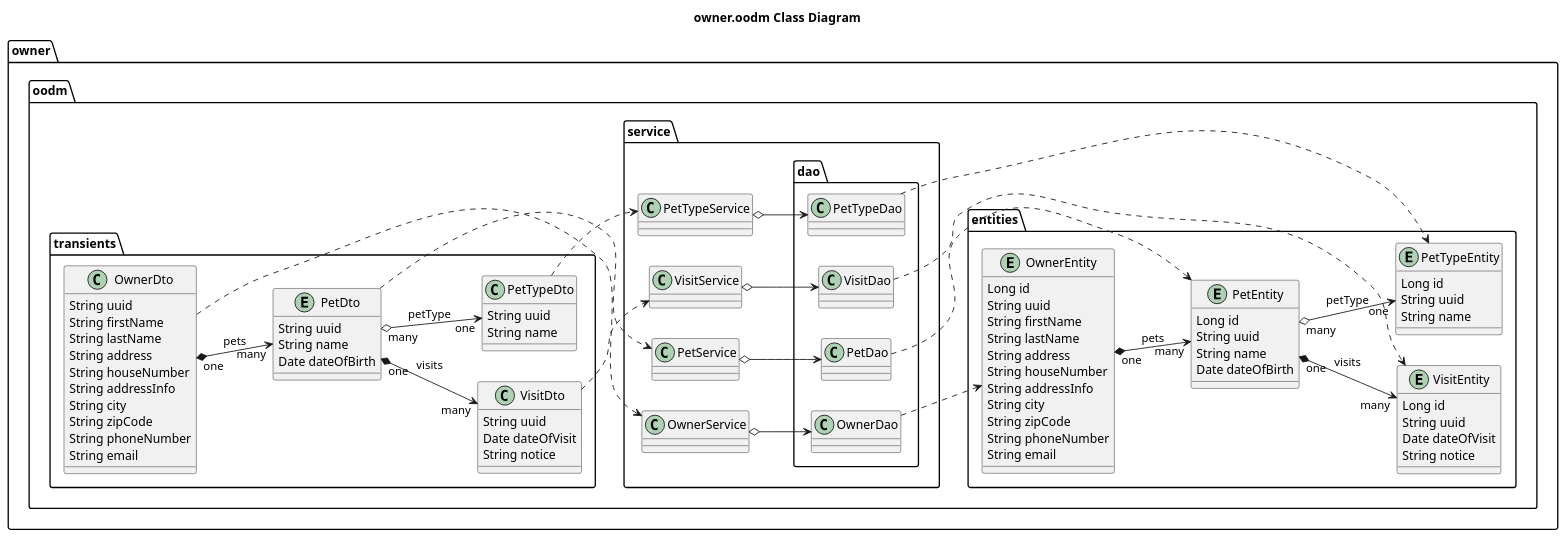
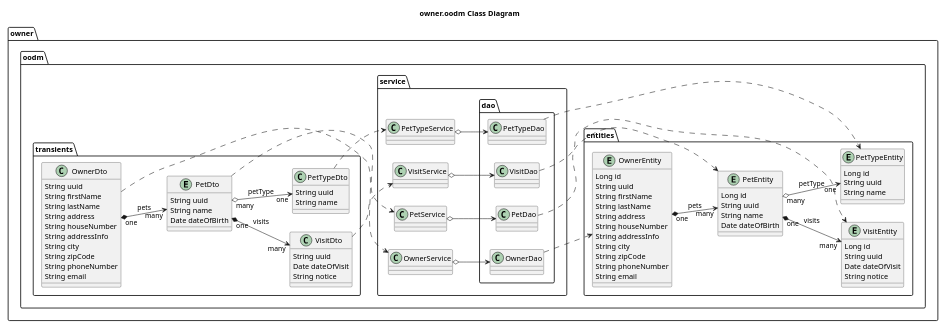
One commit to Jakarta-EE-Petclinic/petclinic-uml changed the diagram in etc/puml/owner/DB__class.puml. Above: the diagram before and after it, drawn with PlantUML. The commit also changed 22 other files, not shown here.

```diff
--- a/etc/puml/owner/DB__class.puml
+++ b/etc/puml/owner/DB__class.puml
@@ -1,138 +1,138 @@
 @startuml
 'https://plantuml.com/class-diagram
 
 title owner.oodm Class Diagram
 
 left to right direction
 ' top to bottom direction
 
-scale 2000 width
+scale 1200 width
 
 package owner.oodm {
 
     package owner.oodm.entities {
 
         entity OwnerEntity {
             Long id
             String uuid
             String firstName
             String lastName
             String address
             String houseNumber
             String addressInfo
             String city
             String zipCode
             String phoneNumber
             String email
         }
 
         entity PetEntity {
             Long id
             String uuid
             String name
             Date dateOfBirth
         }
 
         entity VisitEntity {
             Long id
             String uuid
             Date dateOfVisit
             String notice
         }
 
         entity PetTypeEntity {
             Long id
             String uuid
             String name
         }
 
         OwnerEntity "one"  *--> "many"  PetEntity: pets
         PetEntity "one" *--> "many" VisitEntity: visits
         PetEntity "many"  o-->  "one" PetTypeEntity: petType
 
     }
 
     package owner.oodm.service {
 
         class OwnerService {
         }
 
         class PetService {
         }
 
         class VisitService {
         }
 
         class PetTypeService {
         }
 
         package owner.oodm.service.dao {
 
             class OwnerDao {
             }
 
             class PetDao {
             }
 
             class VisitDao {
             }
 
             class PetTypeDao {
             }
 
             OwnerDao ..> OwnerEntity
             PetDao ..> PetEntity
             PetTypeDao ..> PetTypeEntity
             VisitDao ..> VisitEntity
         }
 
         OwnerService o--> OwnerDao
         PetService o--> PetDao
         PetTypeService o--> PetTypeDao
         VisitService o--> VisitDao
     }
 
     package owner.oodm.transients {
 
         class OwnerDto {
             String uuid
             String firstName
             String lastName
             String address
             String houseNumber
             String addressInfo
             String city
             String zipCode
             String phoneNumber
             String email
         }
 
         entity PetDto {
             String uuid
             String name
             Date dateOfBirth
         }
 
         class PetTypeDto {
             String uuid
             String name
         }
 
         class VisitDto {
             String uuid
             Date dateOfVisit
             String notice
         }
 
         OwnerDto "one"  *--> "many"  PetDto: pets
         PetDto "one" *--> "many" VisitDto: visits
         PetDto "many"  o-->  "one" PetTypeDto: petType
 
         OwnerDto ..> OwnerService
         PetDto ..> PetService
         VisitDto ..> VisitService
         PetTypeDto  ..> PetTypeService
     }
 }
 
 @enduml
```
